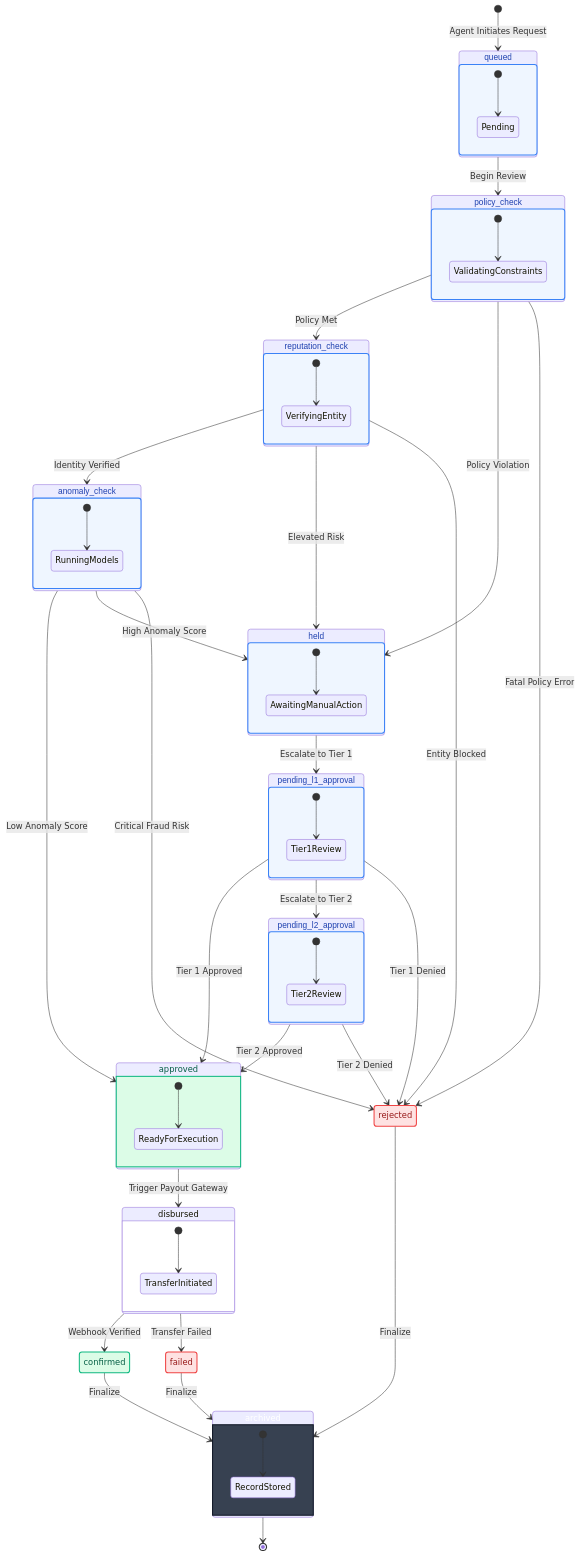
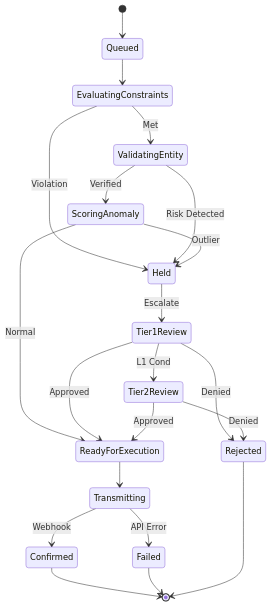
One commit to guglxni/VyapaarClaw changed the diagram in docs/diagrams/payout_workflow.mmd. Above: the diagram before and after it, drawn with Mermaid. The commit also changed 8 other files, not shown here.

Commit message:
docs: redesign diagrams to be scientific and compact

```diff
--- a/docs/diagrams/payout_workflow.mmd
+++ b/docs/diagrams/payout_workflow.mmd
@@ -1,88 +1,29 @@
 stateDiagram-v2
-    %% Professional State Diagram Styling
-    classDef state fill:#EFF6FF,stroke:#3B82F6,color:#1E40AF,stroke-width:2px,rx:5,ry:5,font-family:sans-serif;
-    classDef terminal fill:#374151,stroke:#111827,color:#FFFFFF,stroke-width:2px;
-    classDef error fill:#FEE2E2,stroke:#EF4444,color:#991B1B,stroke-width:2px;
-    classDef success fill:#DCFCE7,stroke:#10B981,color:#065F46,stroke-width:2px;
-
-    [*] --> queued: Agent Initiates Request
-
-    state queued {
-        [*] --> Pending
-    }
-
-    queued --> policy_check: Begin Review
+    %% Scientific State Machine
+    classDef state fill:#fff,stroke:#333,stroke-width:1px,font-family:monospace;
     
-    state policy_check {
-        [*] --> ValidatingConstraints
-    }
+    [*] --> Queued
+    Queued --> EvaluatingConstraints
+    EvaluatingConstraints --> Held : Violation
+    EvaluatingConstraints --> ValidatingEntity : Met
     
-    policy_check --> reputation_check: Policy Met
-    policy_check --> held: Policy Violation
-    policy_check --> rejected: Fatal Policy Error
-
-    state reputation_check {
-        [*] --> VerifyingEntity
-    }
-
-    reputation_check --> anomaly_check: Identity Verified
-    reputation_check --> held: Elevated Risk
-    reputation_check --> rejected: Entity Blocked
-
-    state anomaly_check {
-        [*] --> RunningModels
-    }
-
-    anomaly_check --> approved: Low Anomaly Score
-    anomaly_check --> held: High Anomaly Score
-    anomaly_check --> rejected: Critical Fraud Risk
-
-    state held {
-        [*] --> AwaitingManualAction
-    }
-
-    held --> pending_l1_approval: Escalate to Tier 1
+    ValidatingEntity --> Held : Risk Detected
+    ValidatingEntity --> ScoringAnomaly : Verified
     
-    state pending_l1_approval {
-        [*] --> Tier1Review
-    }
+    ScoringAnomaly --> Held : Outlier
+    ScoringAnomaly --> ReadyForExecution : Normal
     
-    pending_l1_approval --> approved: Tier 1 Approved
-    pending_l1_approval --> pending_l2_approval: Escalate to Tier 2
-    pending_l1_approval --> rejected: Tier 1 Denied
-
-    state pending_l2_approval {
-        [*] --> Tier2Review
-    }
-
-    pending_l2_approval --> approved: Tier 2 Approved
-    pending_l2_approval --> rejected: Tier 2 Denied
-
-    state approved {
-        [*] --> ReadyForExecution
-    }
-
-    approved --> disbursed: Trigger Payout Gateway
+    Held --> Tier1Review : Escalate
+    Tier1Review --> Tier2Review : L1 Cond
+    Tier1Review --> ReadyForExecution : Approved
+    Tier1Review --> Rejected : Denied
+    Tier2Review --> ReadyForExecution : Approved
+    Tier2Review --> Rejected : Denied
     
-    state disbursed {
-        [*] --> TransferInitiated
-    }
+    ReadyForExecution --> Transmitting
+    Transmitting --> Confirmed : Webhook
+    Transmitting --> Failed : API Error
     
-    disbursed --> confirmed: Webhook Verified
-    disbursed --> failed: Transfer Failed
-    
-    confirmed --> archived: Finalize
-    rejected --> archived: Finalize
-    failed --> archived: Finalize
-
-    state archived {
-        [*] --> RecordStored
-    }
-
-    archived --> [*]
-
-    class queued,policy_check,reputation_check,anomaly_check state
-    class held,pending_l1_approval,pending_l2_approval state
-    class rejected,failed error
-    class approved,confirmed success
-    class archived terminal
+    Confirmed --> [*]
+    Failed --> [*]
+    Rejected --> [*]
```
